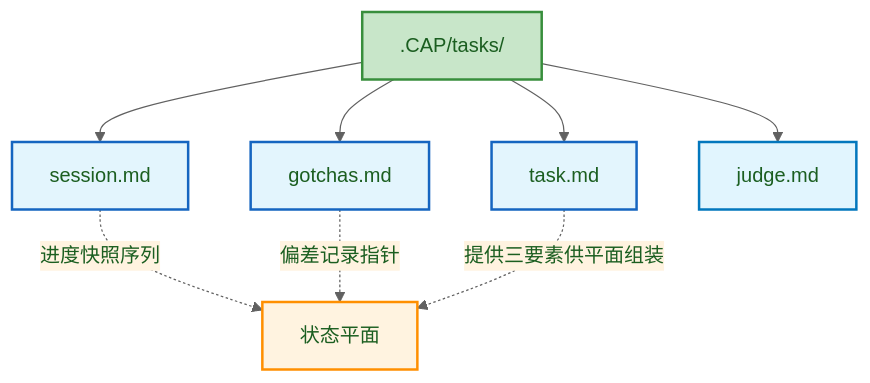
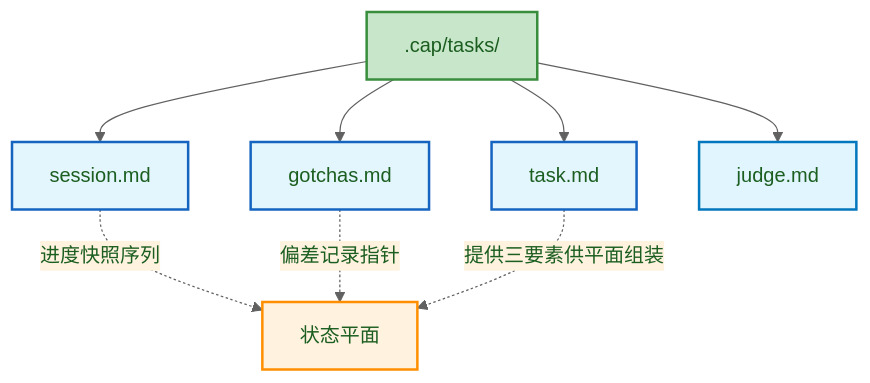
Before and after one commit to Lazyn0tBug/mem0ress: the sixth of 8 diagrams in docs/spec.md, drawn with Mermaid. The commit also changed other lines of this file and 8 other files, not shown here.

First line of the commit message:
refactor: rename substrate root from .mem0ress to .cap

````diff
--- a/docs/spec.md
+++ b/docs/spec.md
@@ -417,29 +417,29 @@
 ```mermaid
-%% label：.CAP 文件树与概念映射
+%% label：.cap 文件树与概念映射
 %%{ init: { 'theme': 'base', 'themeVariables': { 'primaryColor': '#e8f5e9', 'primaryTextColor': '#1b5e20', 'primaryBorderColor': '#388e3c', 'lineColor': '#616161', 'secondaryColor': '#fff3e0', 'tertiaryColor': '#fafafa' } } }%%
 graph TD
-    ROOT[".CAP/tasks/"]
+    ROOT[".cap/tasks/"]
     TMPL["task.md"]
     SESS["session.md"]
     GOT["gotchas.md"]
     JDG["judge.md"]
 
     ROOT --> TMPL
     ROOT --> SESS
     ROOT --> GOT
     ROOT --> JDG
 
     SESS -.->|进度快照序列| SP["状态平面"]
     GOT -.->|偏差记录指针| SP
     TMPL -.->|提供三要素供平面组装| SP
 
     classDef dir fill:#c8e6c9,stroke:#388e3c,stroke-width:2px;
     classDef file fill:#e3f5fd,stroke:#1565c0,stroke-width:2px;
     classDef judge fill:#e1f5fe,stroke:#0277bd,stroke-width:2px;
     classDef plane fill:#fff3e0,stroke:#ff8f00,stroke-width:2px;
     classDef ref fill:#fff3e0,stroke:#ff8f00,stroke-width:1px,stroke-dasharray:5,5;
     class ROOT dir;
     class TMPL,SESS,GOT file;
     class JDG judge;
     class SP plane;
 ```
````
